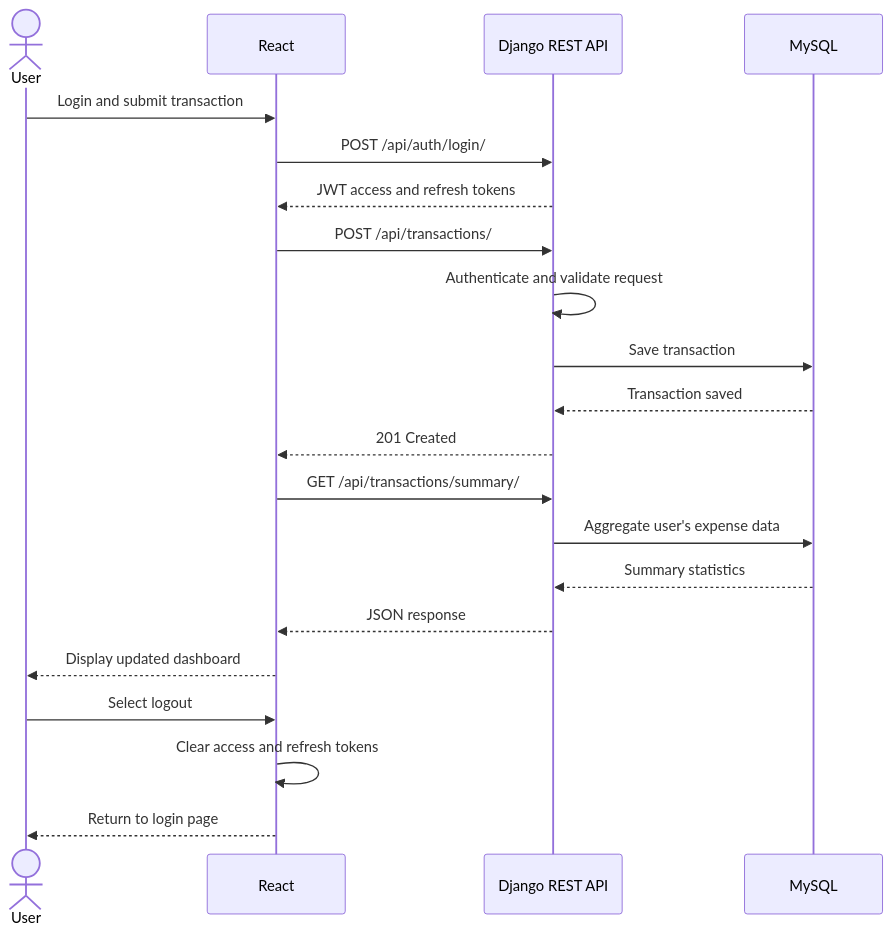
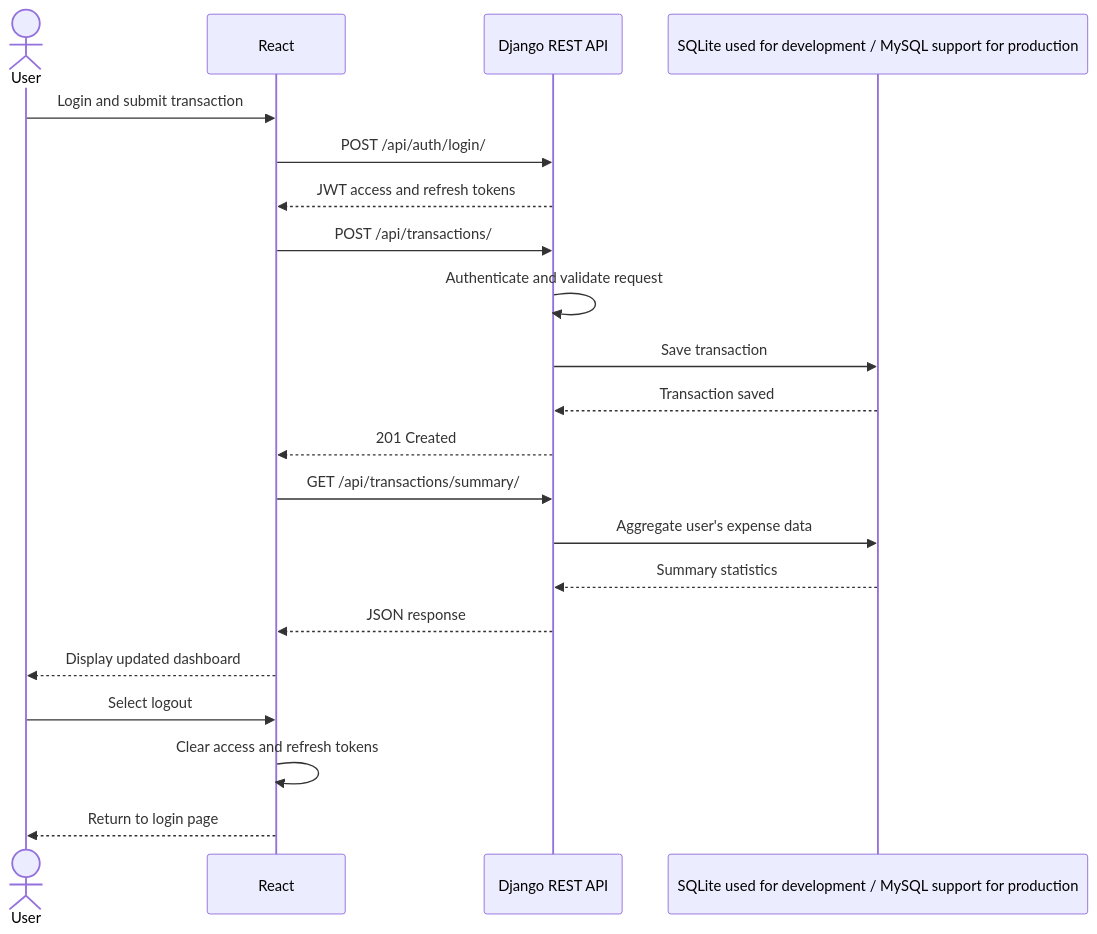
One commit to schak04/personal-expense-tracker changed the third of 3 diagrams in README.md. Above: the diagram before and after it, drawn with Mermaid.

````diff
--- a/README.md
+++ b/README.md
@@ -118,24 +118,24 @@
 ```mermaid
 sequenceDiagram
     actor User
     participant React
     participant Django as Django REST API
-    participant DB as MySQL
+    participant DB as SQLite used for development / MySQL support for production
 
     User->>React: Login and submit transaction
     React->>Django: POST /api/auth/login/
     Django-->>React: JWT access and refresh tokens
     React->>Django: POST /api/transactions/
     Django->>Django: Authenticate and validate request
     Django->>DB: Save transaction
     DB-->>Django: Transaction saved
     Django-->>React: 201 Created
     React->>Django: GET /api/transactions/summary/
     Django->>DB: Aggregate user's expense data
     DB-->>Django: Summary statistics
     Django-->>React: JSON response
     React-->>User: Display updated dashboard
     User->>React: Select logout
     React->>React: Clear access and refresh tokens
     React-->>User: Return to login page
 ```
````
